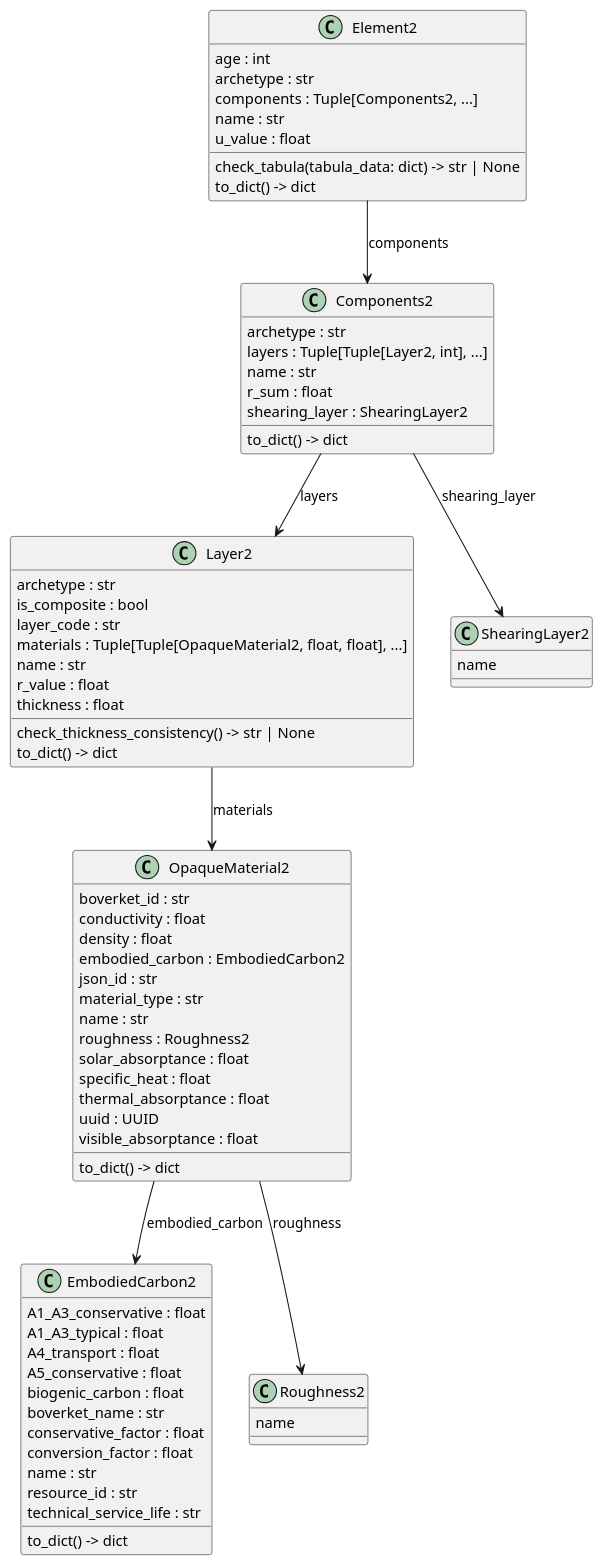
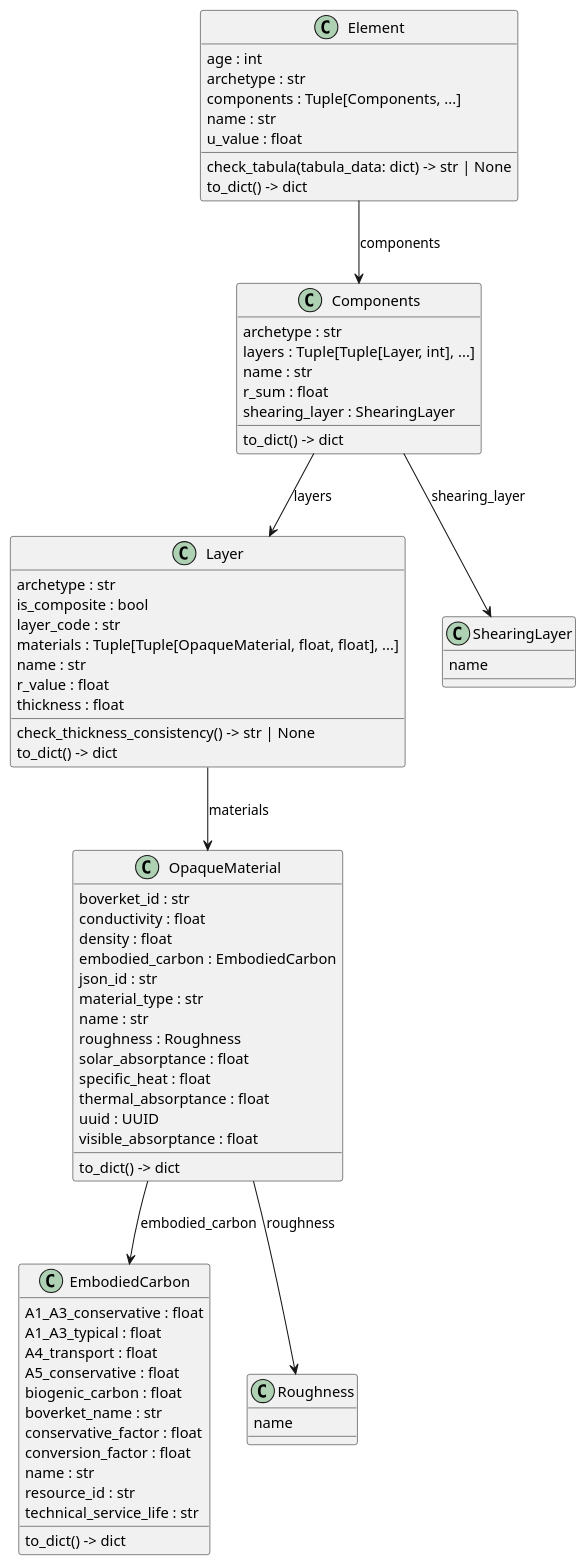
Before and after one commit to SB-Chalmers/epsm_data: the diagram in NewSchema/classes_NewSchemaDiagram.puml, drawn with PlantUML. The commit also changed 15 other files, not shown here.

```diff
--- a/NewSchema/classes_NewSchemaDiagram.puml
+++ b/NewSchema/classes_NewSchemaDiagram.puml
@@ -9,83 +9,83 @@
 @startuml
 set namespaceSeparator none
 
 ' Classes with attributes and methods
-class "Components2" as Components2 {
+class "Components" as Components {
   archetype : str
-  layers : Tuple[Tuple[Layer2, int], ...]
+  layers : Tuple[Tuple[Layer, int], ...]
   name : str
   r_sum : float
-  shearing_layer : ShearingLayer2
+  shearing_layer : ShearingLayer
   to_dict() -> dict
 }
 
-class "Element2" as Element2 {
+class "Element" as Element {
   age : int
   archetype : str
-  components : Tuple[Components2, ...]
+  components : Tuple[Components, ...]
   name : str
   u_value : float
   check_tabula(tabula_data: dict) -> str | None
   to_dict() -> dict
 }
 
-class "EmbodiedCarbon2" as EmbodiedCarbon2 {
+class "EmbodiedCarbon" as EmbodiedCarbon {
   A1_A3_conservative : float
   A1_A3_typical : float
   A4_transport : float
   A5_conservative : float
   biogenic_carbon : float
   boverket_name : str
   conservative_factor : float
   conversion_factor : float
   name : str
   resource_id : str
   technical_service_life : str
   to_dict() -> dict
 }
 
-class "Layer2" as Layer2 {
+class "Layer" as Layer {
   archetype : str
   is_composite : bool
   layer_code : str
-  materials : Tuple[Tuple[OpaqueMaterial2, float, float], ...]
+  materials : Tuple[Tuple[OpaqueMaterial, float, float], ...]
   name : str
   r_value : float
   thickness : float
   check_thickness_consistency() -> str | None
   to_dict() -> dict
 }
 
-class "OpaqueMaterial2" as OpaqueMaterial2 {
+class "OpaqueMaterial" as OpaqueMaterial {
   boverket_id : str
   conductivity : float
   density : float
-  embodied_carbon : EmbodiedCarbon2
+  embodied_carbon : EmbodiedCarbon
   json_id : str
   material_type : str
   name : str
-  roughness : Roughness2
+  roughness : Roughness
   solar_absorptance : float
   specific_heat : float
   thermal_absorptance : float
   uuid : UUID
   visible_absorptance : float
   to_dict() -> dict
 }
 
-class "Roughness2" as Roughness2 {
+class "Roughness" as Roughness {
   name
 }
 
-class "ShearingLayer2" as ShearingLayer2 {
+class "ShearingLayer" as ShearingLayer {
   name
 }
 
 ' Explicit relationships
-Components2 --> ShearingLayer2 : shearing_layer
-Components2 --> Layer2 : layers
-Element2 --> Components2 : components
-Layer2 --> OpaqueMaterial2 : materials
-OpaqueMaterial2 --> EmbodiedCarbon2 : embodied_carbon
-OpaqueMaterial2 --> Roughness2 : roughness
+Components --> ShearingLayer : shearing_layer
+Components --> Layer : layers
+Element --> Components : components
+Layer --> OpaqueMaterial : materials
+OpaqueMaterial --> EmbodiedCarbon : embodied_carbon
+OpaqueMaterial --> Roughness : roughness
 @enduml
```
